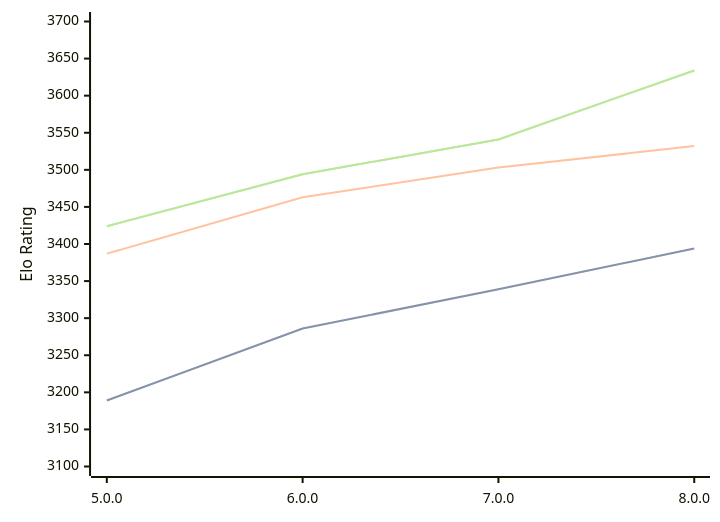
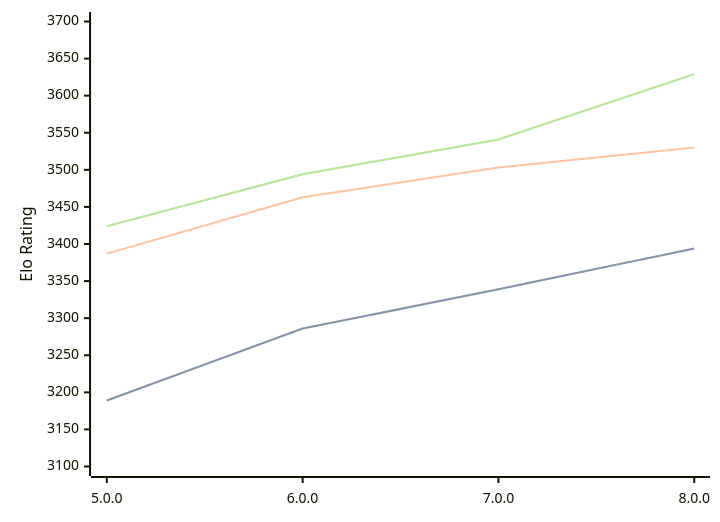
The first of 3 diagrams in engines/Stormphrax.md (computer-chess-index/cci), drawn with Mermaid before and after one commit. The commit also changed other lines of this file, not shown here.

Commit message:
Update CCI Ratings (ELO VLTC) - 2026-07-06

````diff
--- a/engines/Stormphrax.md
+++ b/engines/Stormphrax.md
@@ -39,11 +39,11 @@
 ```mermaid
 %%{init: {"theme":"base","themeVariables":{"seriesColors:['#a3a3a3','#222221','#faa371']}}}%%
 xychart-beta
   x-axis ["5.0.0", "6.0.0", "7.0.0", "8.0.0"]
   y-axis "Elo Rating" 3100 --> 3700
   line "STC (8.0+0.08s)" [3189, 3286, 3339, 3394]
   line "STC (8.0+0.08s)" [3189, 3286, 3339, 3394]
-  line "LTC (60.0+0.60s)" [3387, 3463, 3503, 3532]
-  line "VLTC (2m24s+1.12s)" [3424, 3494, 3541, 3634]
-  line "VLTC (2m24s+1.12s)" [3424, 3494, 3541, 3634]
+  line "LTC (60.0+0.60s)" [3387, 3463, 3503, 3530]
+  line "VLTC (2m24s+1.12s)" [3424, 3494, 3541, 3629]
+  line "VLTC (2m24s+1.12s)" [3424, 3494, 3541, 3629]
 ```
````
